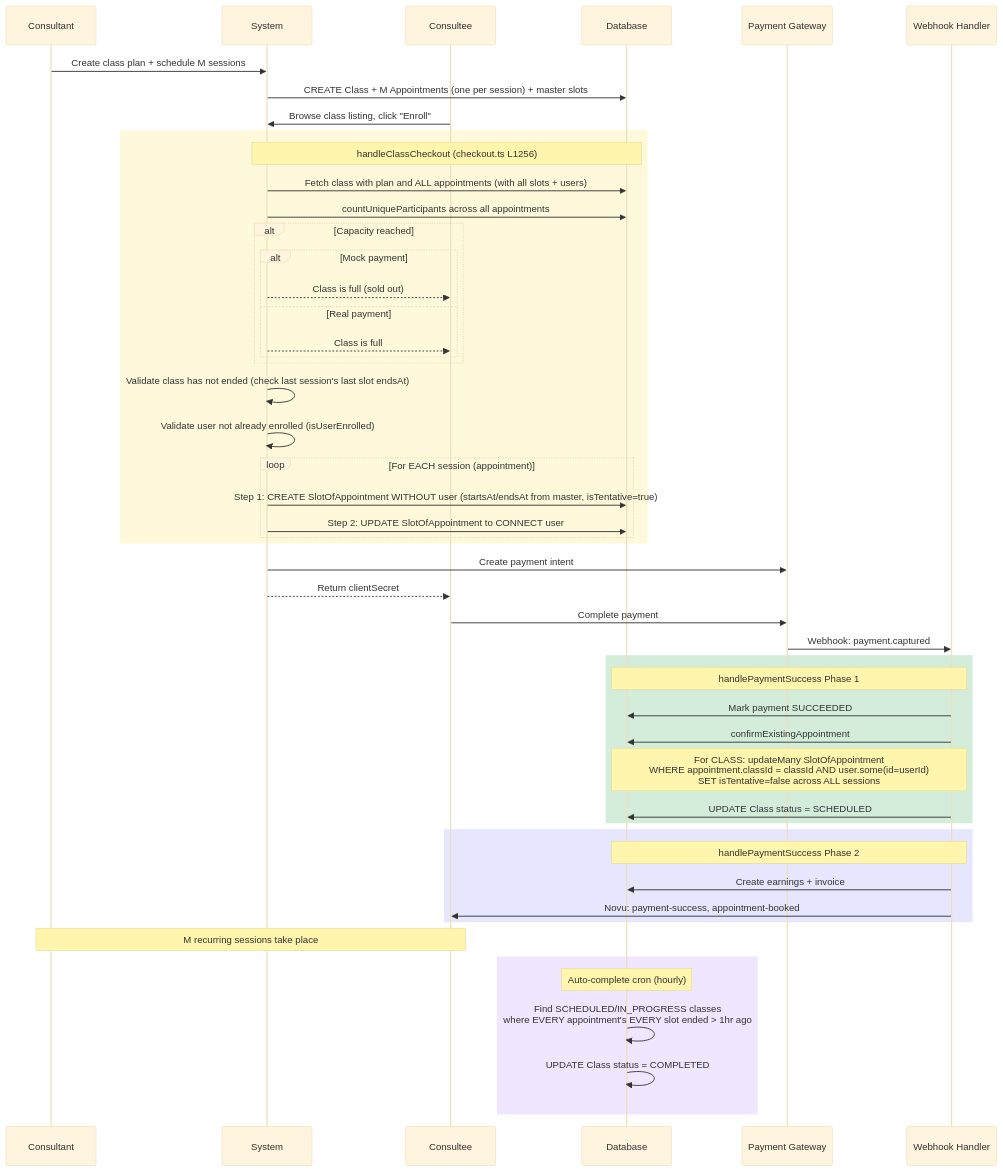
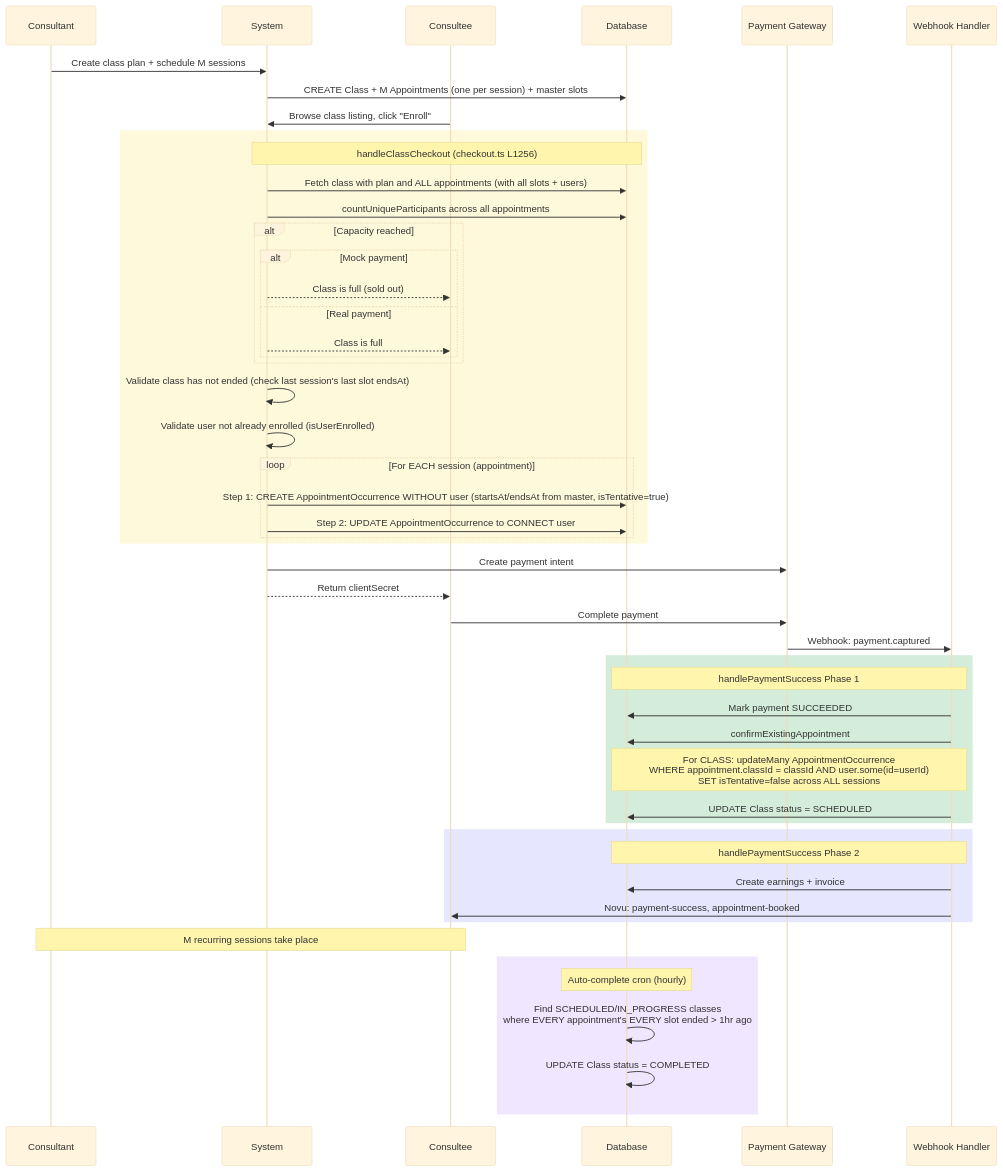
The seventh of 16 diagrams in docs/booking/06-booking-lifecycle.md (Practitionist/familiarise_web), drawn with Mermaid (base theme) before and after one commit. The commit also changed other lines of this file and 107 other files, not shown here.

Commit message:
docs(vocabulary): the scheduling glossary, booking, feedback, support, stream and review docs speak AppointmentOccurrence, Meeting and Trial (#1554)

````diff
--- a/docs/booking/06-booking-lifecycle.md
+++ b/docs/booking/06-booking-lifecycle.md
@@ -523,63 +523,63 @@
 ```mermaid
 sequenceDiagram
     participant CT as Consultant
     participant SYS as System
     participant CE as Consultee
     participant DB as Database
     participant GW as Payment Gateway
     participant WH as Webhook Handler
 
     CT->>SYS: Create class plan + schedule M sessions
     SYS->>DB: CREATE Class + M Appointments (one per session) + master slots
 
     CE->>SYS: Browse class listing, click "Enroll"
 
     rect rgb(255, 249, 220)
         Note over SYS,DB: handleClassCheckout (checkout.ts L1256)
         SYS->>DB: Fetch class with plan and ALL appointments (with all slots + users)
         SYS->>DB: countUniqueParticipants across all appointments
 
         alt Capacity reached
             alt Mock payment
                 SYS-->>CE: Class is full (sold out)
             else Real payment
                 SYS-->>CE: Class is full
             end
         end
 
         SYS->>SYS: Validate class has not ended (check last session's last slot endsAt)
         SYS->>SYS: Validate user not already enrolled (isUserEnrolled)
 
         loop For EACH session (appointment)
-            SYS->>DB: Step 1: CREATE SlotOfAppointment WITHOUT user (startsAt/endsAt from master, isTentative=true)
-            SYS->>DB: Step 2: UPDATE SlotOfAppointment to CONNECT user
+            SYS->>DB: Step 1: CREATE AppointmentOccurrence WITHOUT user (startsAt/endsAt from master, isTentative=true)
+            SYS->>DB: Step 2: UPDATE AppointmentOccurrence to CONNECT user
         end
     end
 
     SYS->>GW: Create payment intent
     SYS-->>CE: Return clientSecret
     CE->>GW: Complete payment
     GW->>WH: Webhook: payment.captured
 
     rect rgb(212, 237, 218)
         Note over WH,DB: handlePaymentSuccess Phase 1
         WH->>DB: Mark payment SUCCEEDED
         WH->>DB: confirmExistingAppointment
-        Note over WH,DB: For CLASS: updateMany SlotOfAppointment<br/>WHERE appointment.classId = classId AND user.some(id=userId)<br/>SET isTentative=false across ALL sessions
+        Note over WH,DB: For CLASS: updateMany AppointmentOccurrence<br/>WHERE appointment.classId = classId AND user.some(id=userId)<br/>SET isTentative=false across ALL sessions
         WH->>DB: UPDATE Class status = SCHEDULED
     end
 
     rect rgb(230, 230, 255)
         Note over WH,DB: handlePaymentSuccess Phase 2
         WH->>DB: Create earnings + invoice
         WH->>CE: Novu: payment-success, appointment-booked
     end
 
     Note over CT,CE: M recurring sessions take place
 
     rect rgb(240, 230, 255)
         Note over DB: Auto-complete cron (hourly)
         DB->>DB: Find SCHEDULED/IN_PROGRESS classes<br/>where EVERY appointment's EVERY slot ended > 1hr ago
         DB->>DB: UPDATE Class status = COMPLETED
     end
 ```
````
